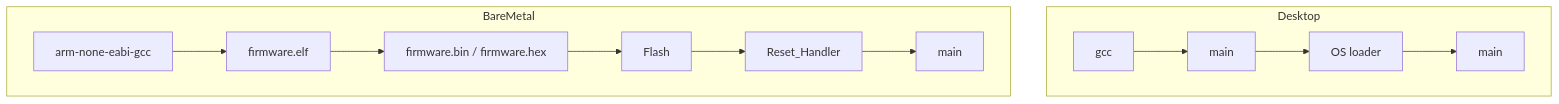
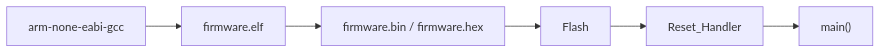
One commit to inaku-Gyan/RM-EC-Tutorial-2026-Summer changed diagram 16 of 22 in slides.md. Above: the diagram before and after it, drawn with Mermaid. The commit also changed other lines of this file, not shown here.

````diff
--- a/slides.md
+++ b/slides.md
@@ -1176,15 +1186,8 @@
 ```mermaid
-flowchart TB
-  subgraph Desktop
-    A[gcc] --> B[main]
-    B --> C[OS loader]
-    C --> D[main]
-  end
-  subgraph BareMetal
-    E[arm-none-eabi-gcc] --> F[firmware.elf]
-    F --> G[firmware.bin / firmware.hex]
-    G --> H[Flash]
-    H --> I[Reset_Handler]
-    I --> J[main]
-  end
+flowchart LR
+  E[arm-none-eabi-gcc] --> F[firmware.elf]
+  F --> G[firmware.bin / firmware.hex]
+  G --> H[Flash]
+  H --> I[Reset_Handler]
+  I --> J["main()"]
 ```
````
